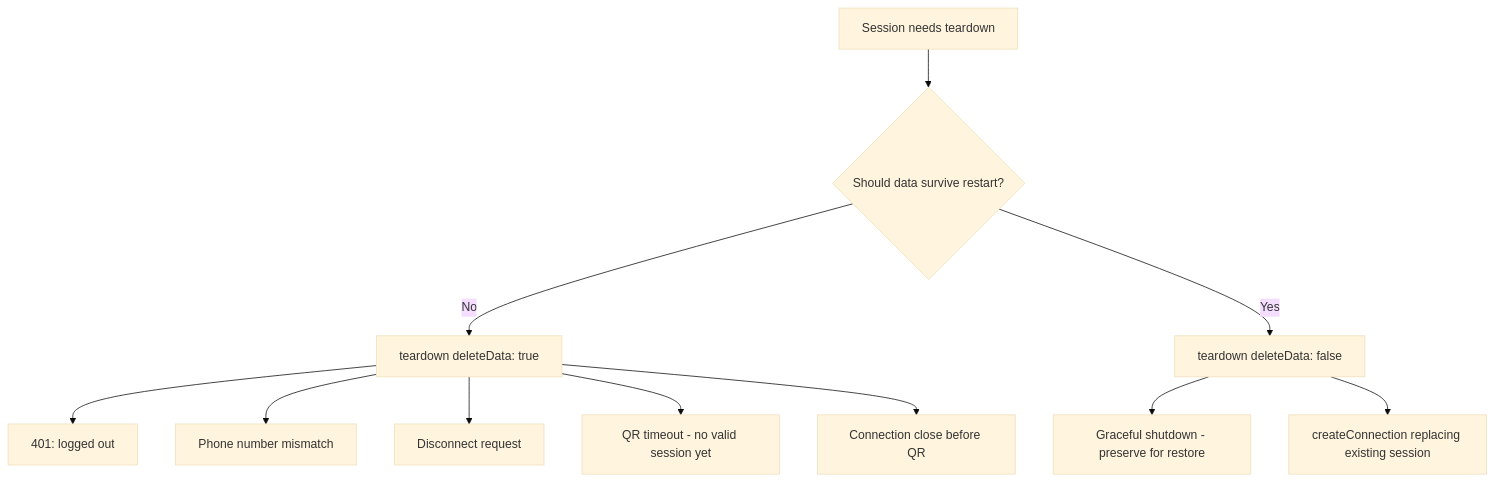
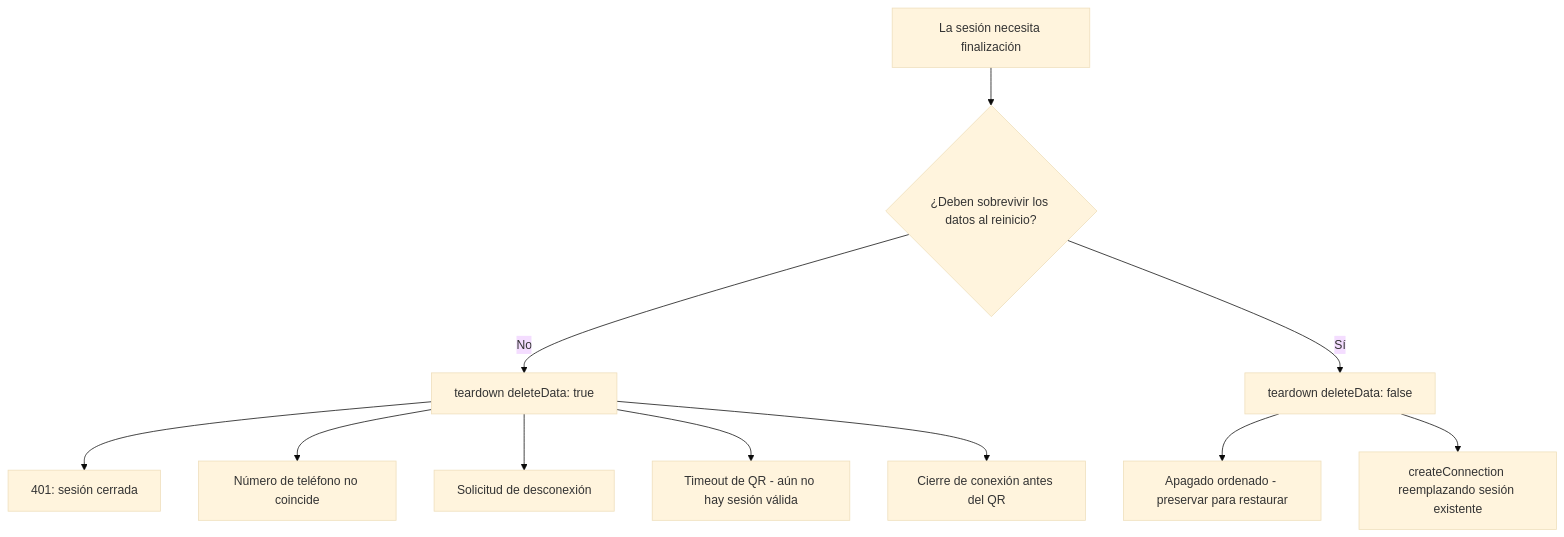
One commit to Fibra-Labs/chepibe-personal changed the second of 9 diagrams in docs/whatsapp-session-lifecycle.md. Above: the diagram before and after it, drawn with Mermaid (base theme). The commit also changed other lines of this file and 8 other files, not shown here.

````diff
--- a/docs/whatsapp-session-lifecycle.md
+++ b/docs/whatsapp-session-lifecycle.md
@@ -51,15 +51,15 @@
 ```mermaid
 flowchart TD
-    A[Session needs teardown] --> B{Should data survive restart?}
+    A[La sesión necesita finalización] --> B{¿Deben sobrevivir los datos al reinicio?}
     B -->|No| C[teardown deleteData: true]
-    B -->|Yes| D[teardown deleteData: false]
+    B -->|Sí| D[teardown deleteData: false]
 
-    C --> C1[401: logged out]
-    C --> C2[Phone number mismatch]
-    C --> C3[Disconnect request]
-    C --> C4[QR timeout - no valid session yet]
-    C --> C5[Connection close before QR]
+    C --> C1[401: sesión cerrada]
+    C --> C2[Número de teléfono no coincide]
+    C --> C3[Solicitud de desconexión]
+    C --> C4[Timeout de QR - aún no hay sesión válida]
+    C --> C5[Cierre de conexión antes del QR]
 
-    D --> D1[Graceful shutdown - preserve for restore]
-    D --> D2[createConnection replacing existing session]
+    D --> D1[Apagado ordenado - preservar para restaurar]
+    D --> D2[createConnection reemplazando sesión existente]
 ```
````
